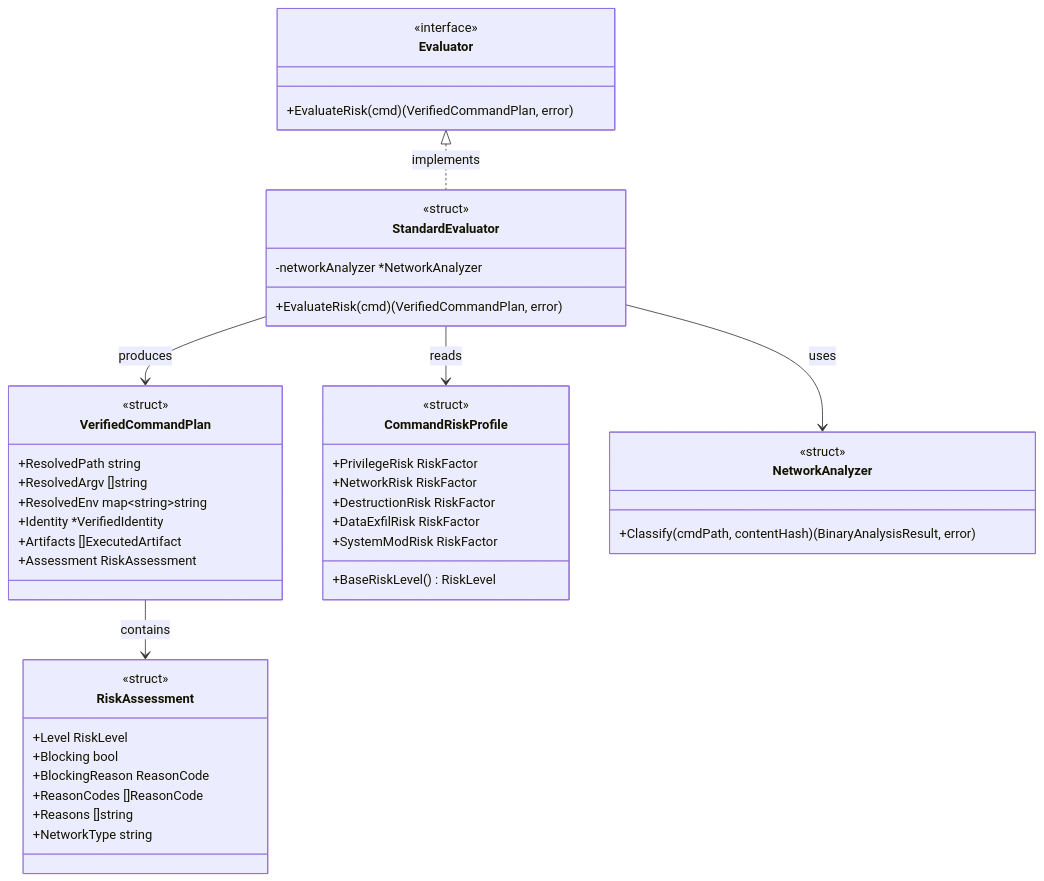
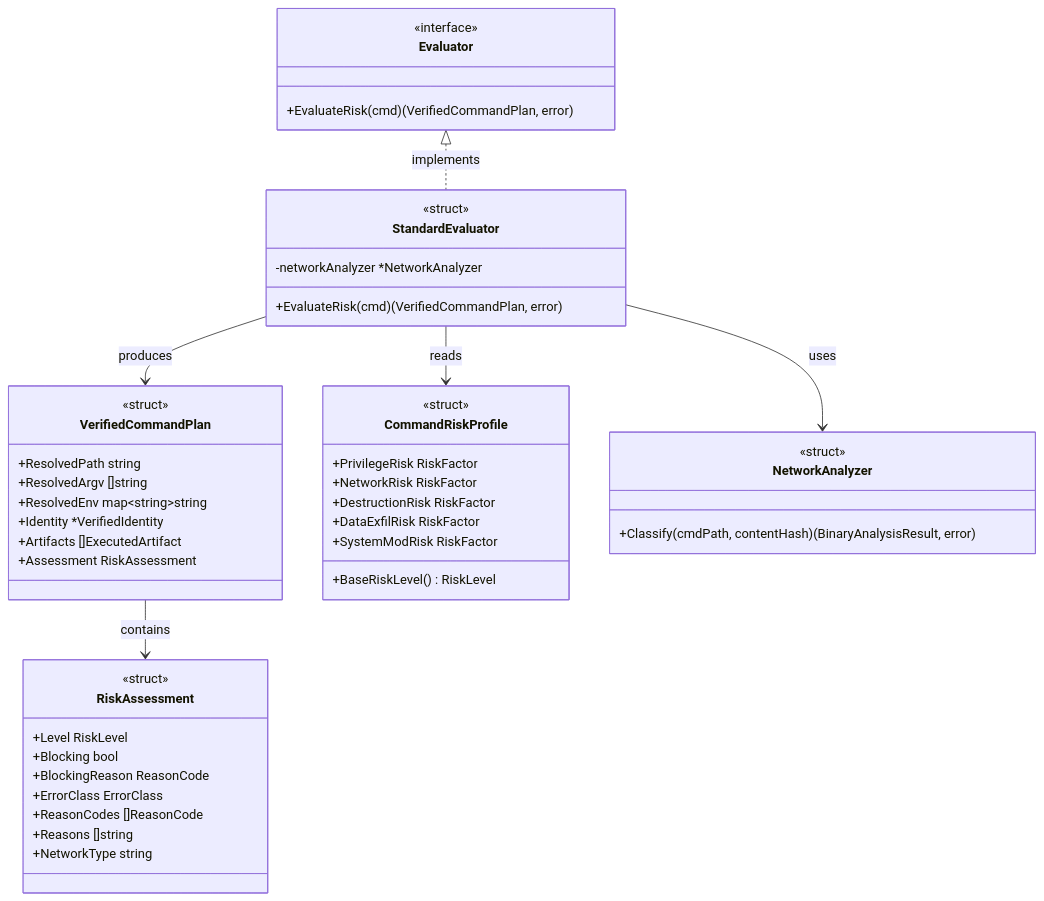
One commit to isseis/go-safe-cmd-runner changed the eighth of 12 diagrams in docs/tasks/0136_runtime_risk_evaluation_enforcement/02_architecture.md. Above: the diagram before and after it, drawn with Mermaid. The commit also changed other lines of this file and 1 other file, not shown here.

````diff
--- a/docs/tasks/0136_runtime_risk_evaluation_enforcement/02_architecture.md
+++ b/docs/tasks/0136_runtime_risk_evaluation_enforcement/02_architecture.md
@@ -329,48 +337,49 @@
 ```mermaid
 classDiagram
     class Evaluator {
         <<interface>>
         +EvaluateRisk(cmd) (VerifiedCommandPlan, error)
     }
     class StandardEvaluator {
         <<struct>>
         -networkAnalyzer *NetworkAnalyzer
         +EvaluateRisk(cmd) (VerifiedCommandPlan, error)
     }
     class VerifiedCommandPlan {
         <<struct>>
         +ResolvedPath string
         +ResolvedArgv []string
         +ResolvedEnv map~string~string
         +Identity *VerifiedIdentity
         +Artifacts []ExecutedArtifact
         +Assessment RiskAssessment
     }
     class RiskAssessment {
         <<struct>>
         +Level RiskLevel
         +Blocking bool
         +BlockingReason ReasonCode
+        +ErrorClass ErrorClass
         +ReasonCodes []ReasonCode
         +Reasons []string
         +NetworkType string
     }
     class CommandRiskProfile {
         <<struct>>
         +PrivilegeRisk RiskFactor
         +NetworkRisk RiskFactor
         +DestructionRisk RiskFactor
         +DataExfilRisk RiskFactor
         +SystemModRisk RiskFactor
         +BaseRiskLevel() RiskLevel
     }
     class NetworkAnalyzer {
         <<struct>>
         +Classify(cmdPath, contentHash) (BinaryAnalysisResult, error)
     }
     Evaluator <|.. StandardEvaluator : implements
     StandardEvaluator --> VerifiedCommandPlan : produces
     VerifiedCommandPlan --> RiskAssessment : contains
     StandardEvaluator --> CommandRiskProfile : reads
     StandardEvaluator --> NetworkAnalyzer : uses
 ```
````
